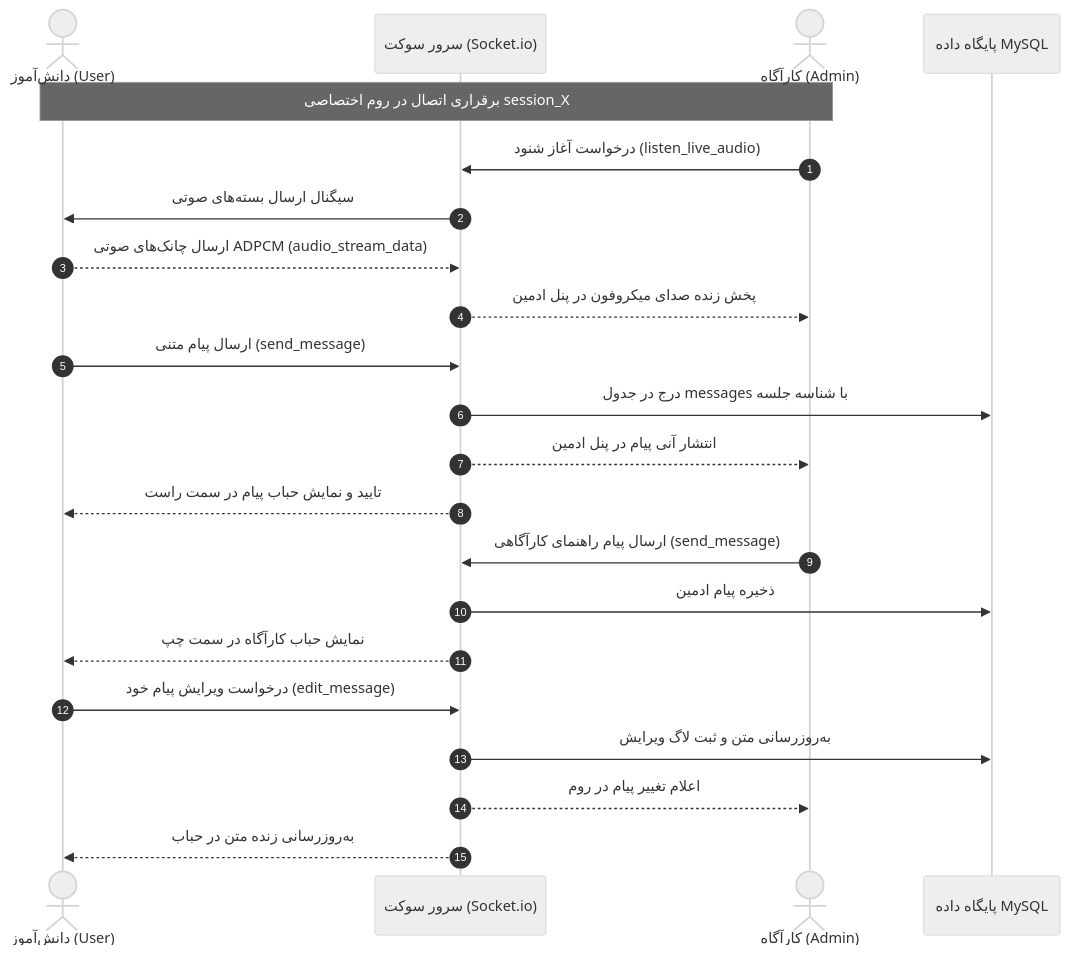
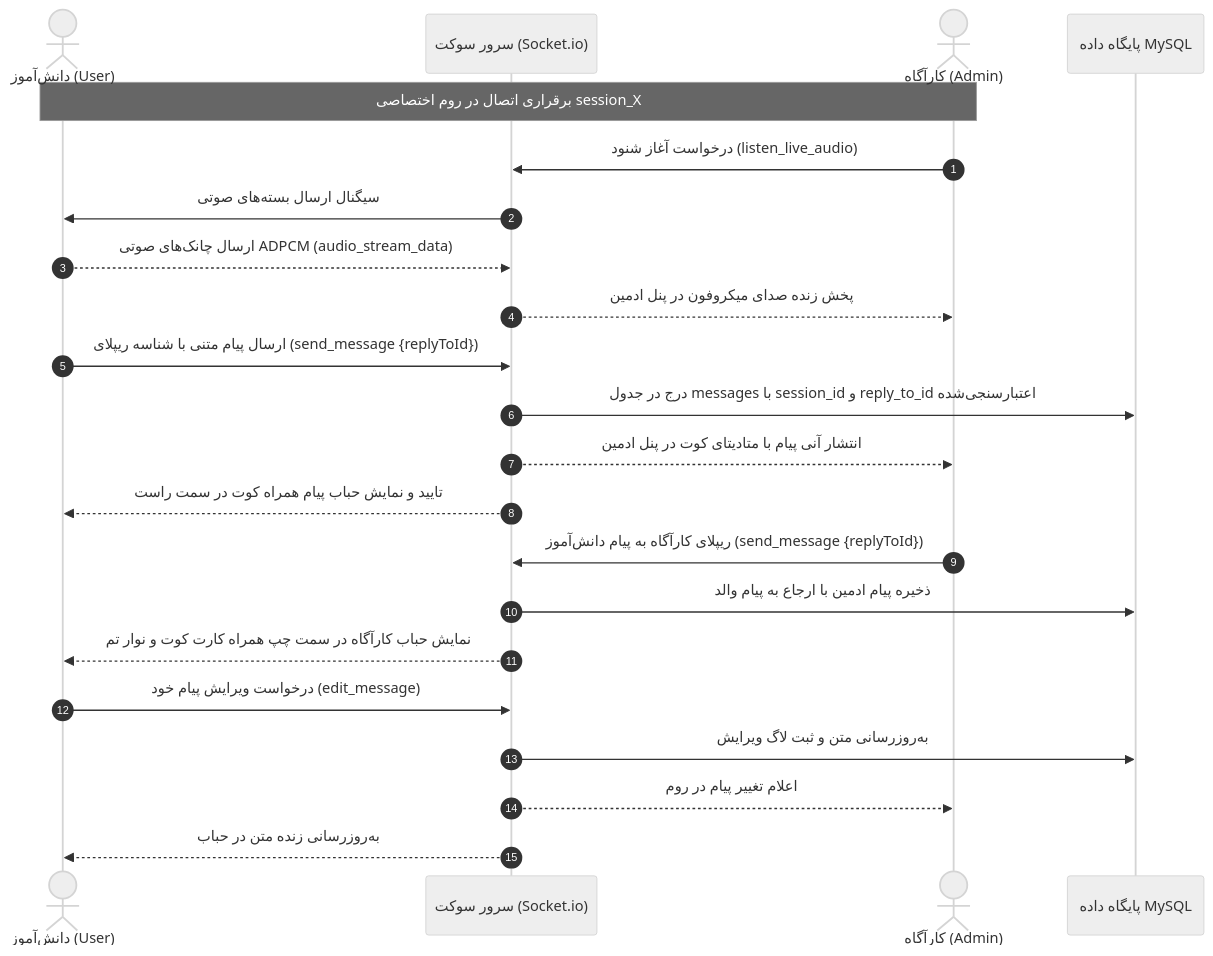
One commit to elyas5203/RazeDehkade changed the diagram in docs/ai/domains/REALTIME_CHAT_ENGINE.md. Above: the diagram before and after it, drawn with Mermaid (neutral theme). The commit also changed other lines of this file and 79 other files, not shown here.

````diff
--- a/docs/ai/domains/REALTIME_CHAT_ENGINE.md
+++ b/docs/ai/domains/REALTIME_CHAT_ENGINE.md
@@ -32,28 +33,28 @@
 ```mermaid
 sequenceDiagram
     autonumber
     actor Student as دانش‌آموز (User)
     participant Socket as سرور سوکت (Socket.io)
     actor Detective as کارآگاه (Admin)
     participant DB as پایگاه داده MySQL
 
     Note over Student, Detective: برقراری اتصال در روم اختصاصی session_X
     Detective->>Socket: درخواست آغاز شنود (listen_live_audio)
     Socket->>Student: سیگنال ارسال بسته‌های صوتی
     Student-->>Socket: ارسال چانک‌های صوتی ADPCM (audio_stream_data)
     Socket-->>Detective: پخش زنده صدای میکروفون در پنل ادمین
 
-    Student->>Socket: ارسال پیام متنی (send_message)
-    Socket->>DB: درج در جدول messages با شناسه جلسه
-    Socket-->>Detective: انتشار آنی پیام در پنل ادمین
-    Socket-->>Student: تایید و نمایش حباب پیام در سمت راست
+    Student->>Socket: ارسال پیام متنی با شناسه ریپلای (send_message {replyToId})
+    Socket->>DB: درج در جدول messages با session_id و reply_to_id اعتبارسنجی‌شده
+    Socket-->>Detective: انتشار آنی پیام با متادیتای کوت در پنل ادمین
+    Socket-->>Student: تایید و نمایش حباب پیام همراه کوت در سمت راست
 
-    Detective->>Socket: ارسال پیام راهنمای کارآگاهی (send_message)
-    Socket->>DB: ذخیره پیام ادمین
-    Socket-->>Student: نمایش حباب کارآگاه در سمت چپ
+    Detective->>Socket: ریپلای کارآگاه به پیام دانش‌آموز (send_message {replyToId})
+    Socket->>DB: ذخیره پیام ادمین با ارجاع به پیام والد
+    Socket-->>Student: نمایش حباب کارآگاه در سمت چپ همراه کارت کوت و نوار تم
     
     Student->>Socket: درخواست ویرایش پیام خود (edit_message)
     Socket->>DB: به‌روزرسانی متن و ثبت لاگ ویرایش
     Socket-->>Detective: اعلام تغییر پیام در روم
     Socket-->>Student: به‌روزرسانی زنده متن در حباب
 ```
````
